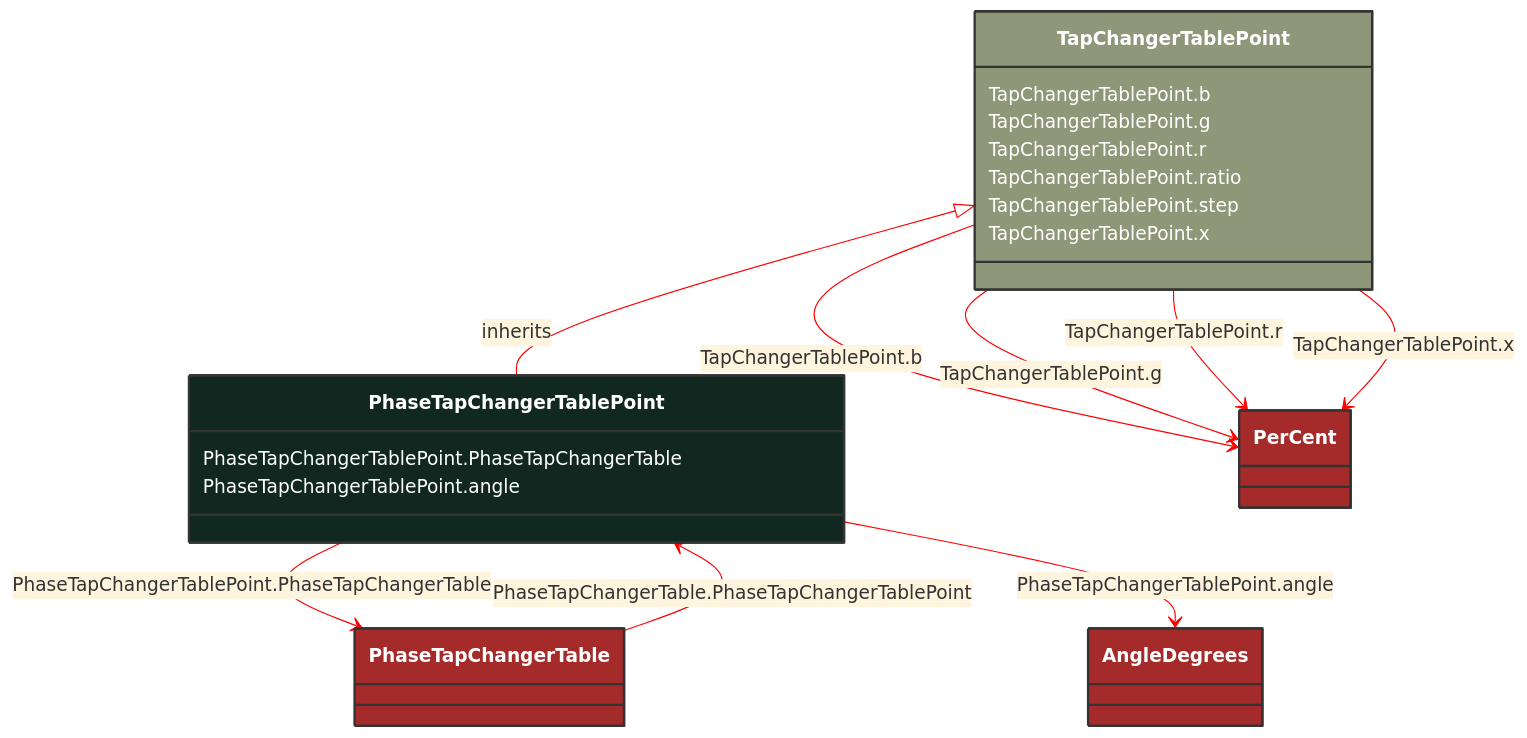
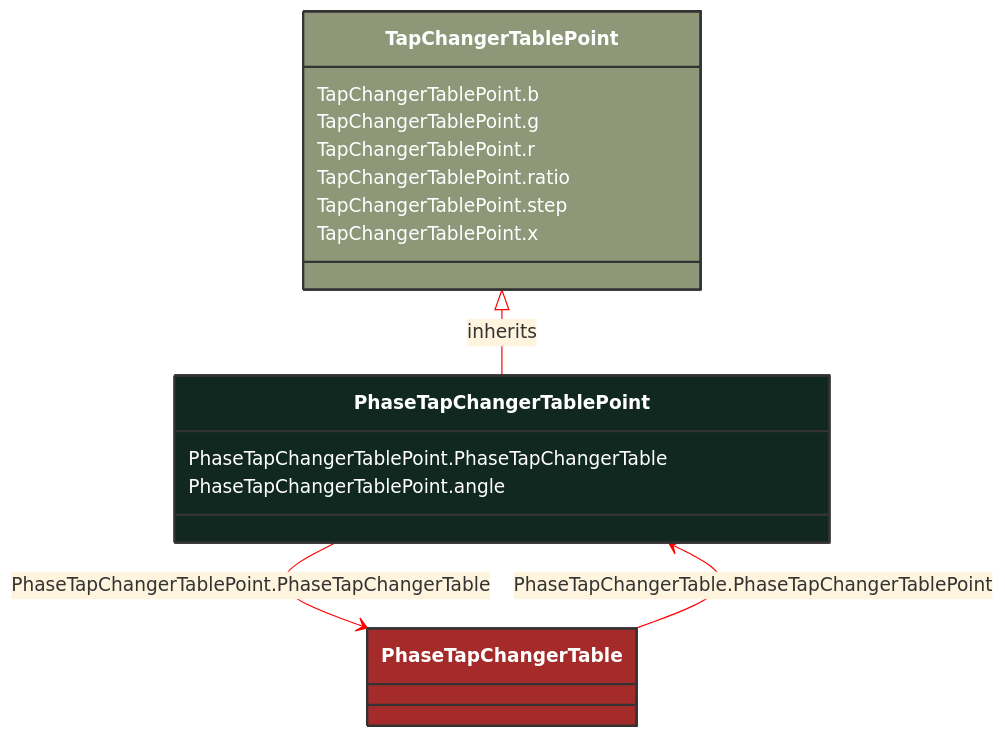
One commit to 3lbits/NoCIMExtensions changed the diagram in docs/Models/Profiles/CoreEquipment/ConcreteClasses/PhaseTapChangerTablePoint.md. Above: the diagram before and after it, drawn with Mermaid. The commit also changed other lines of this file and 397 other files, not shown here.

First line of the commit message:
Refactor CIM schemas to introduce abstract classes and consolidate data types

````diff
--- a/docs/Models/Profiles/CoreEquipment/ConcreteClasses/PhaseTapChangerTablePoint.md
+++ b/docs/Models/Profiles/CoreEquipment/ConcreteClasses/PhaseTapChangerTablePoint.md
@@ -8,58 +8,33 @@
 ```mermaid
 %%{init: {'theme':'base','themeVariables': {'lineColor': '#FF0000'}}}%%
 classDiagram
     class PhaseTapChangerTablePoint
     click PhaseTapChangerTablePoint href "/Models/Profiles/CoreEquipment/ConcreteClasses/PhaseTapChangerTablePoint/"
     style PhaseTapChangerTablePoint fill:#102820,stroke:#333,stroke-width:2px,rx:10,ry:10,color:white
      
         TapChangerTablePoint <|-- PhaseTapChangerTablePoint : inherits
-            click TapChangerTablePoint href "/Models/Profiles/CoreEquipment/ConcreteClasses/TapChangerTablePoint/"
+            click TapChangerTablePoint href "/Models/Profiles/CoreEquipment/AbstractClasses/TapChangerTablePoint/"
             style TapChangerTablePoint fill:#8F9779,stroke:#333,stroke-width:2px,rx:10,ry:10,color:white
 
         PhaseTapChangerTablePoint --> PhaseTapChangerTable : PhaseTapChangerTablePoint.PhaseTapChangerTable
 
         PhaseTapChangerTable
             click PhaseTapChangerTable href "/Models/Profiles/CoreEquipment/ConcreteClasses/PhaseTapChangerTable/"
             style PhaseTapChangerTable fill:#A52A2A,stroke:#333,stroke-width:2px,rx:10,ry:10,color:white
-        PhaseTapChangerTablePoint --> AngleDegrees : PhaseTapChangerTablePoint.angle
-
-        AngleDegrees
-            click AngleDegrees href "/Models/Profiles/CoreEquipment/ConcreteClasses/AngleDegrees/"
-            style AngleDegrees fill:#A52A2A,stroke:#333,stroke-width:2px,rx:10,ry:10,color:white
-        TapChangerTablePoint --> PerCent : TapChangerTablePoint.b
-
-        PerCent
-            click PerCent href "/Models/Profiles/CoreEquipment/ConcreteClasses/PerCent/"
-            style PerCent fill:#A52A2A,stroke:#333,stroke-width:2px,rx:10,ry:10,color:white
-        TapChangerTablePoint --> PerCent : TapChangerTablePoint.g
-
-        PerCent
-            click PerCent href "/Models/Profiles/CoreEquipment/ConcreteClasses/PerCent/"
-            style PerCent fill:#A52A2A,stroke:#333,stroke-width:2px,rx:10,ry:10,color:white
-        TapChangerTablePoint --> PerCent : TapChangerTablePoint.r
-
-        PerCent
-            click PerCent href "/Models/Profiles/CoreEquipment/ConcreteClasses/PerCent/"
-            style PerCent fill:#A52A2A,stroke:#333,stroke-width:2px,rx:10,ry:10,color:white
-        TapChangerTablePoint --> PerCent : TapChangerTablePoint.x
-
-        PerCent
-            click PerCent href "/Models/Profiles/CoreEquipment/ConcreteClasses/PerCent/"
-            style PerCent fill:#A52A2A,stroke:#333,stroke-width:2px,rx:10,ry:10,color:white
 
         PhaseTapChangerTable --> PhaseTapChangerTablePoint : PhaseTapChangerTable.PhaseTapChangerTablePoint
 
         PhaseTapChangerTable
             click PhaseTapChangerTable href "/Models/Profiles/CoreEquipment/ConcreteClasses/PhaseTapChangerTable/"
             style PhaseTapChangerTable fill:#A52A2A,stroke:#333,stroke-width:2px,rx:10,ry:10,color:white
 
 
         PhaseTapChangerTablePoint : PhaseTapChangerTablePoint.PhaseTapChangerTable
         PhaseTapChangerTablePoint : PhaseTapChangerTablePoint.angle
         TapChangerTablePoint : TapChangerTablePoint.b
         TapChangerTablePoint : TapChangerTablePoint.g
         TapChangerTablePoint : TapChangerTablePoint.r
         TapChangerTablePoint : TapChangerTablePoint.ratio
         TapChangerTablePoint : TapChangerTablePoint.step
         TapChangerTablePoint : TapChangerTablePoint.x
 ```
````
